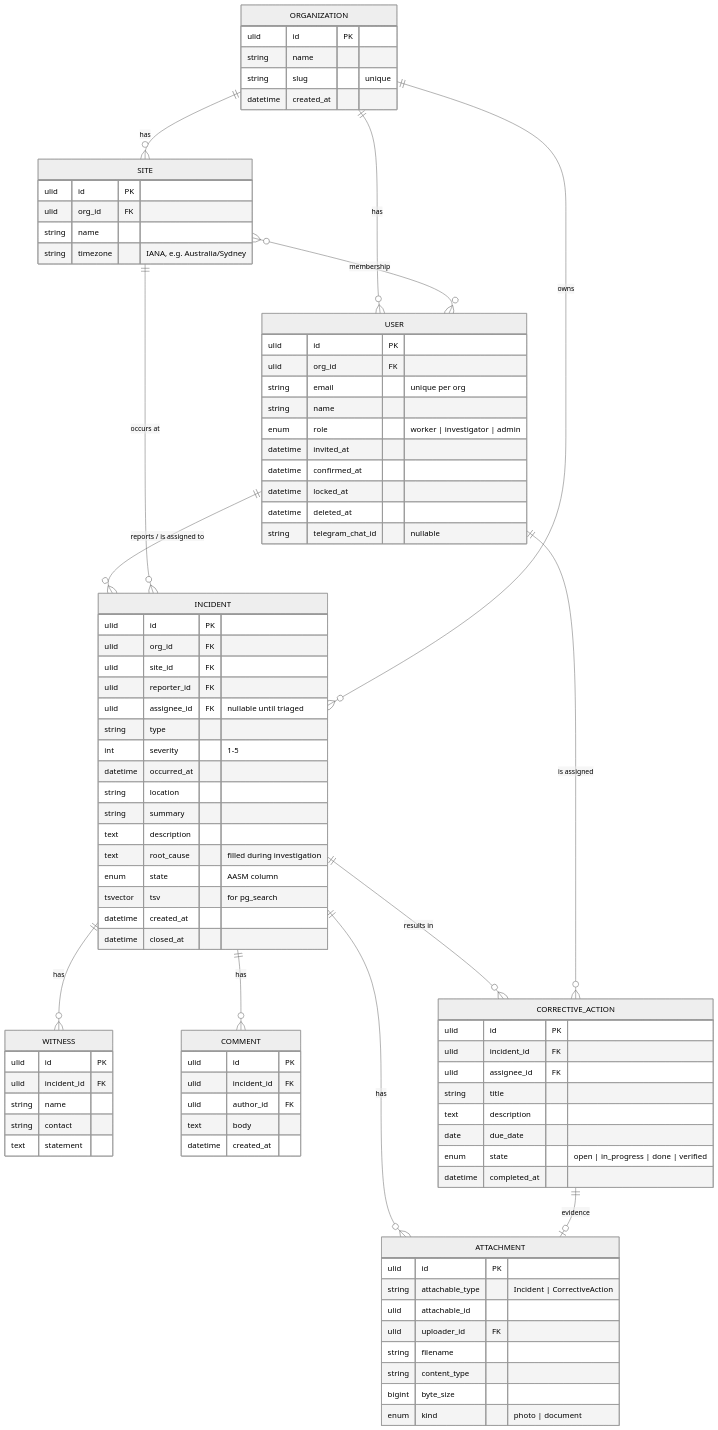
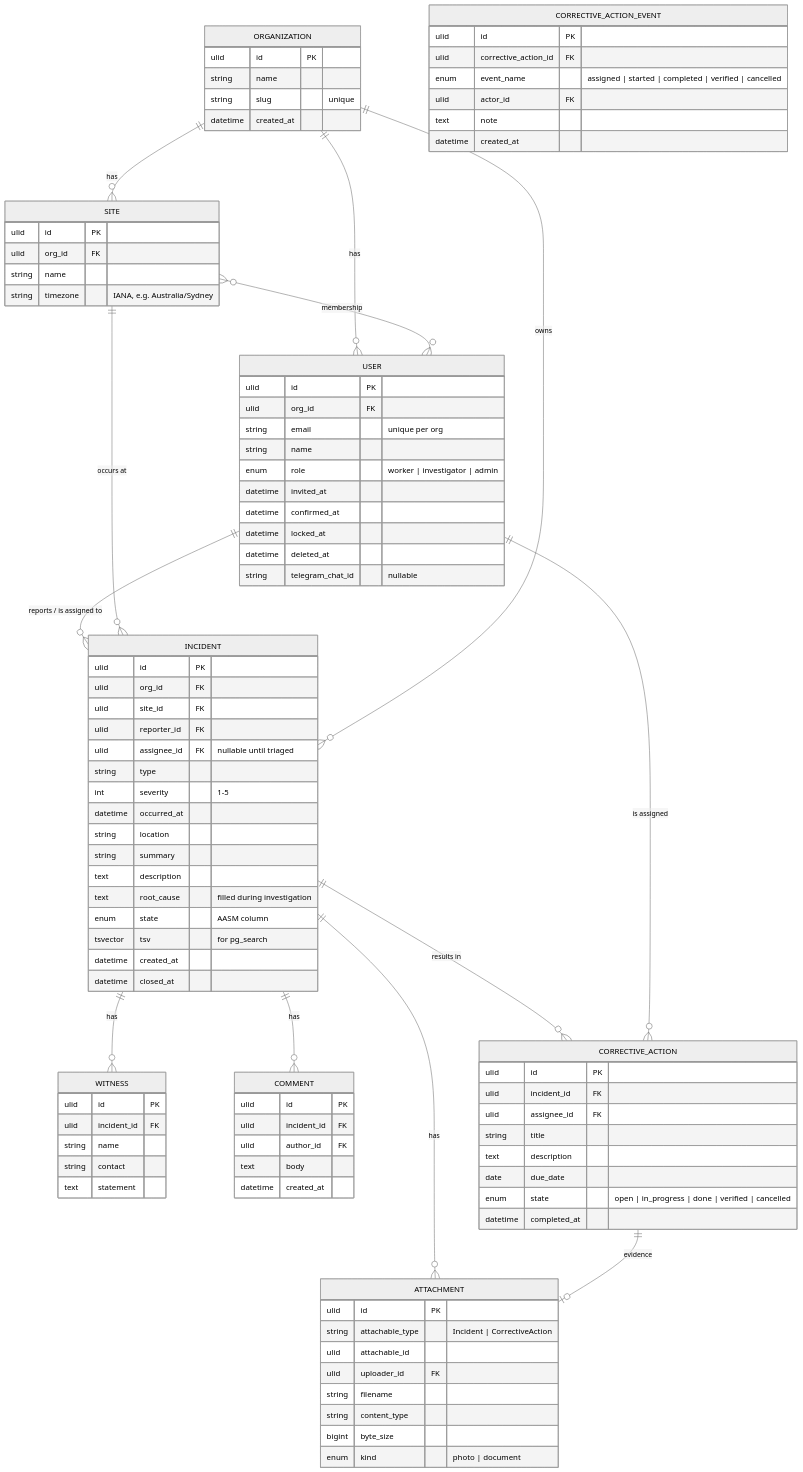
One commit to ehs-labs/ehs-incident-system changed the diagram in docs/design/domain-model.md. Above: the diagram before and after it, drawn with Mermaid (neutral theme). The commit also changed other lines of this file and 50 other files, not shown here.

First line of the commit message:
feat: corrective-action investigator workflow + transition notes

```diff
--- a/docs/design/domain-model.md
+++ b/docs/design/domain-model.md
@@ -81,8 +81,16 @@
         string title
         text description
         date due_date
-        enum state "open | in_progress | done | verified"
+        enum state "open | in_progress | done | verified | cancelled"
         datetime completed_at
+    }
+    CORRECTIVE_ACTION_EVENT {
+        ulid id PK
+        ulid corrective_action_id FK
+        enum event_name "assigned | started | completed | verified | cancelled"
+        ulid actor_id FK
+        text note
+        datetime created_at
     }
     COMMENT {
         ulid id PK
```
